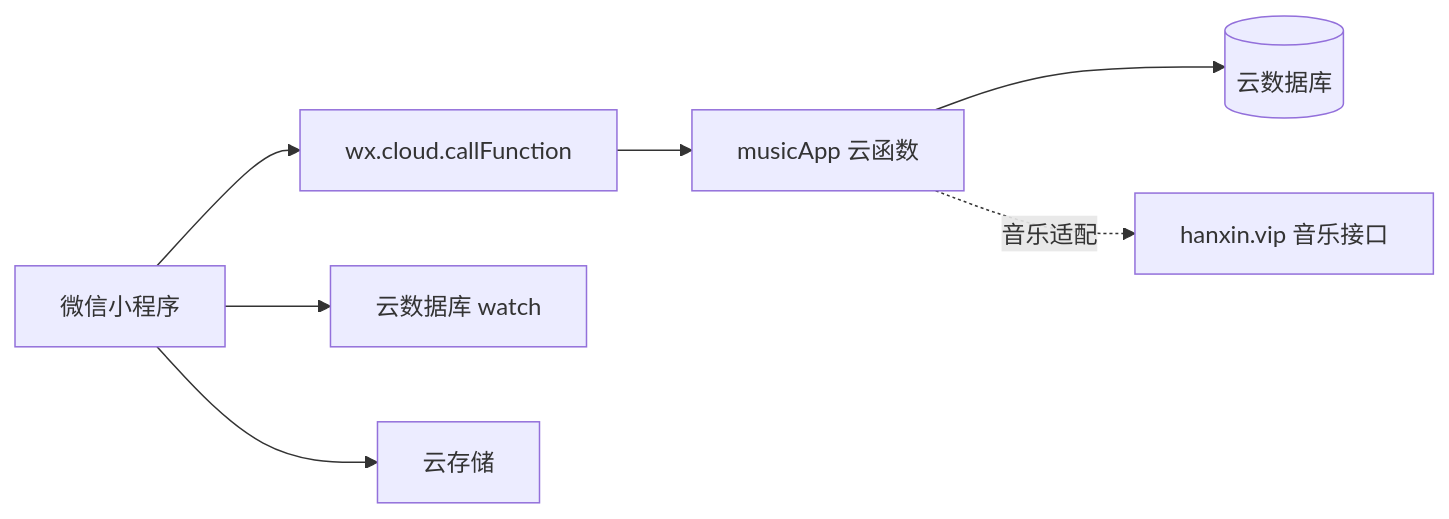
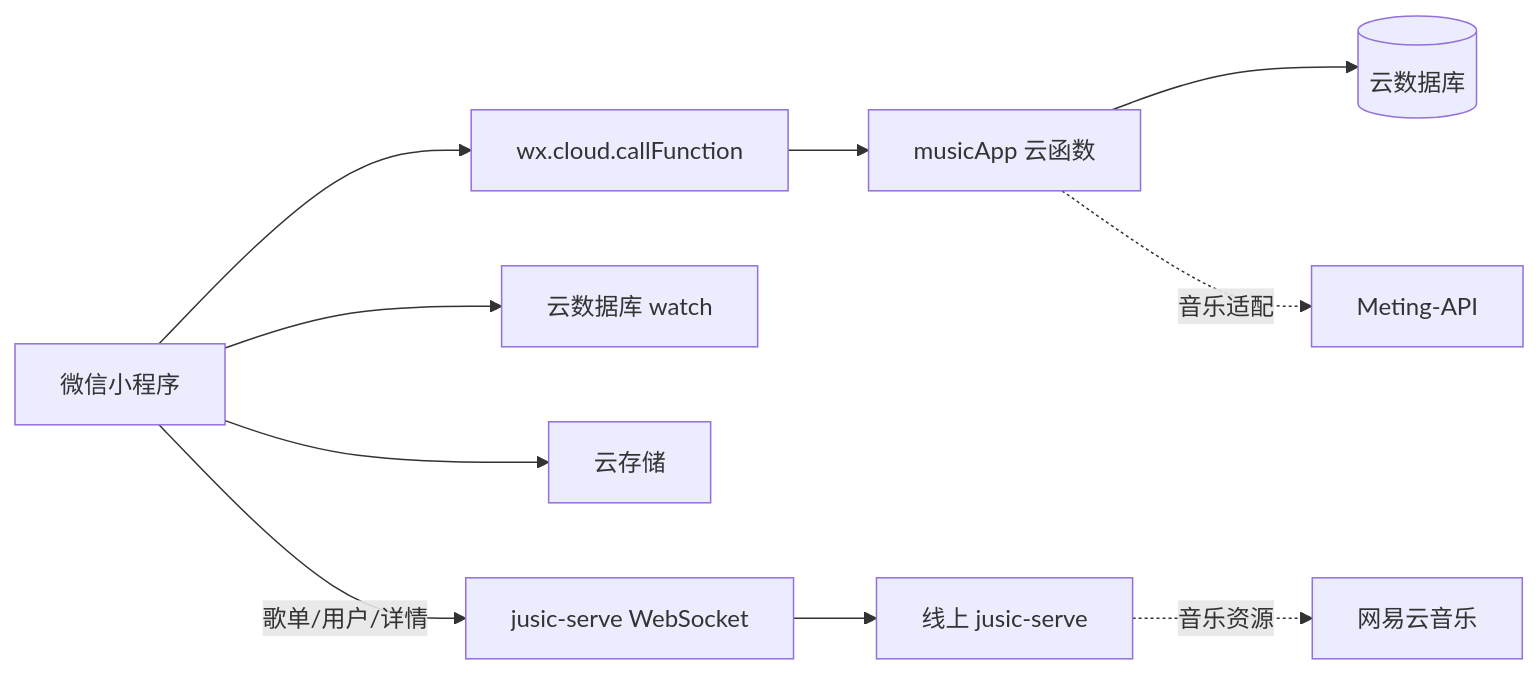
Before and after one commit to Neveryu/miniprogram-music: the diagram in docs/cloud-development.md, drawn with Mermaid. The commit also changed other lines of this file and 61 other files, not shown here.

````diff
--- a/docs/cloud-development.md
+++ b/docs/cloud-development.md
@@ -9,9 +9,12 @@
 ```mermaid
 flowchart LR
     MINI[微信小程序] --> CLOUD[wx.cloud.callFunction]
     MINI --> WATCH[云数据库 watch]
     MINI --> STORAGE[云存储]
     CLOUD --> FUNC[musicApp 云函数]
     FUNC --> DB[(云数据库)]
-    FUNC -. 音乐适配 .-> MUSIC[hanxin.vip 音乐接口]
+    FUNC -. 音乐适配 .-> MUSIC[Meting-API]
+    MINI -->|歌单/用户/详情| WS[jusic-serve WebSocket]
+    WS --> JUSIC[线上 jusic-serve]
+    JUSIC -. 音乐资源 .-> NETEASE[网易云音乐]
 ```
````
